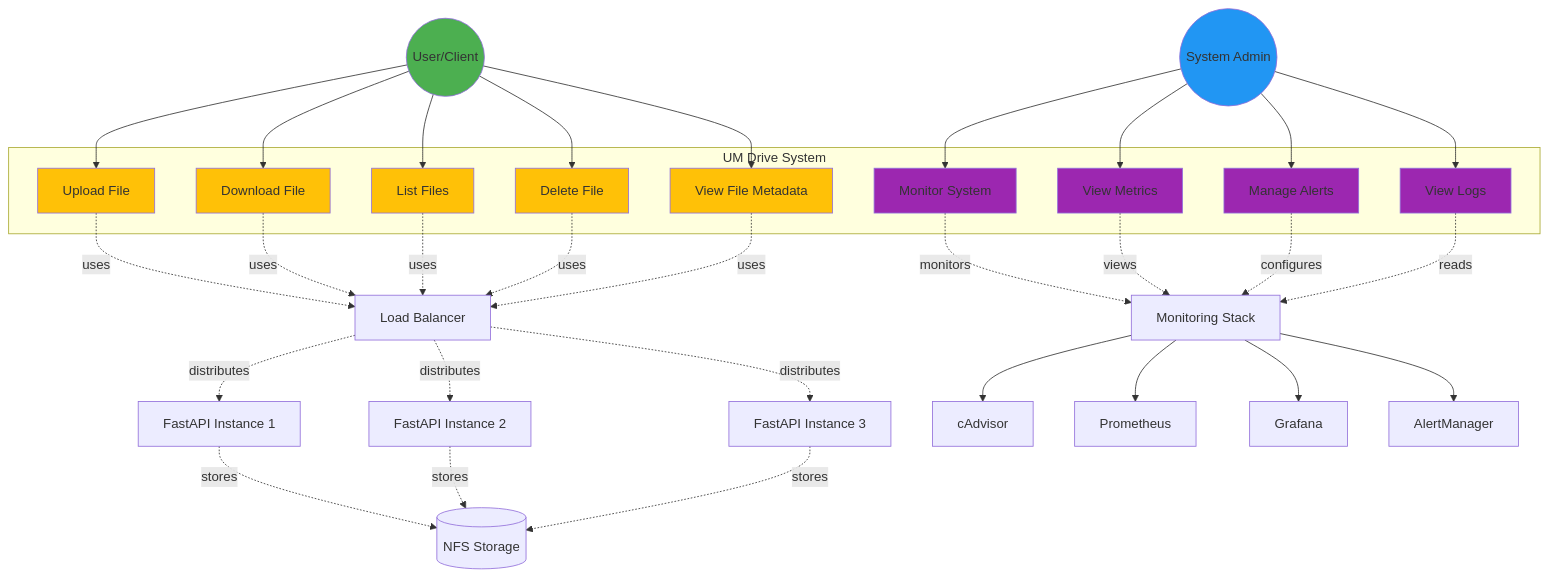
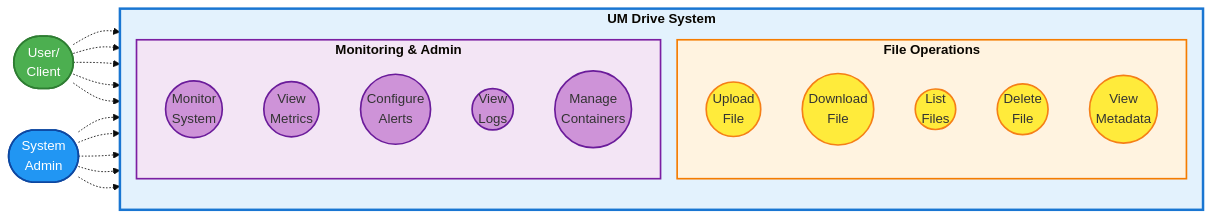
The first of 4 diagrams in docs/use-cases.md (Eduardomfdias/um-drive), drawn with Mermaid before and after one commit. The commit also changed other lines of this file and 8 other files, not shown here.

Commit message:
Improve documentation: add Mermaid diagrams, simplify content, add critical features (file locking, health checks, sticky sessions, Prometheus metrics)

````diff
--- a/docs/use-cases.md
+++ b/docs/use-cases.md
@@ -4,64 +4,57 @@
 ```mermaid
-graph TB
-    subgraph "UM Drive System"
-        UC1[Upload File]
-        UC2[Download File]
-        UC3[List Files]
-        UC4[Delete File]
-        UC5[View File Metadata]
-        UC6[Monitor System]
-        UC7[View Metrics]
-        UC8[Manage Alerts]
-        UC9[View Logs]
+%%{init: {'theme':'base'}}%%
+graph LR
+    subgraph System["<b>UM Drive System</b>"]
+        direction TB
+        
+        subgraph FileOps["<b>File Operations</b>"]
+            UC1((Upload<br/>File))
+            UC2((Download<br/>File))
+            UC3((List<br/>Files))
+            UC4((Delete<br/>File))
+            UC5((View<br/>Metadata))
+        end
+        
+        subgraph Monitoring["<b>Monitoring & Admin</b>"]
+            UC6((Monitor<br/>System))
+            UC7((View<br/>Metrics))
+            UC8((Configure<br/>Alerts))
+            UC9((View<br/>Logs))
+            UC10((Manage<br/>Containers))
+        end
     end
     
-    User((User/Client))
-    Admin((System Admin))
+    User([User/<br/>Client])
+    Admin([System<br/>Admin])
     
-    User --> UC1
-    User --> UC2
-    User --> UC3
-    User --> UC4
-    User --> UC5
+    User -.-> UC1
+    User -.-> UC2
+    User -.-> UC3
+    User -.-> UC4
+    User -.-> UC5
     
-    Admin --> UC6
-    Admin --> UC7
-    Admin --> UC8
-    Admin --> UC9
+    Admin -.-> UC6
+    Admin -.-> UC7
+    Admin -.-> UC8
+    Admin -.-> UC9
+    Admin -.-> UC10
     
-    UC1 -.uses.-> LB[Load Balancer]
-    UC2 -.uses.-> LB
-    UC3 -.uses.-> LB
-    UC4 -.uses.-> LB
-    UC5 -.uses.-> LB
+    style System fill:#e3f2fd,stroke:#1976d2,stroke-width:3px
+    style FileOps fill:#fff3e0,stroke:#f57c00,stroke-width:2px
+    style Monitoring fill:#f3e5f5,stroke:#7b1fa2,stroke-width:2px
     
-    LB -.distributes.-> API1[FastAPI Instance 1]
-    LB -.distributes.-> API2[FastAPI Instance 2]
-    LB -.distributes.-> API3[FastAPI Instance 3]
+    style User fill:#4caf50,stroke:#2e7d32,stroke-width:2px,color:#fff
+    style Admin fill:#2196f3,stroke:#0d47a1,stroke-width:2px,color:#fff
     
-    API1 -.stores.-> NFS[(NFS Storage)]
-    API2 -.stores.-> NFS
-    API3 -.stores.-> NFS
+    style UC1 fill:#ffeb3b,stroke:#f57f17,stroke-width:2px
+    style UC2 fill:#ffeb3b,stroke:#f57f17,stroke-width:2px
+    style UC3 fill:#ffeb3b,stroke:#f57f17,stroke-width:2px
+    style UC4 fill:#ffeb3b,stroke:#f57f17,stroke-width:2px
+    style UC5 fill:#ffeb3b,stroke:#f57f17,stroke-width:2px
     
-    UC6 -.monitors.-> Monitoring[Monitoring Stack]
-    UC7 -.views.-> Monitoring
-    UC8 -.configures.-> Monitoring
-    UC9 -.reads.-> Monitoring
-    
-    Monitoring --> cAdvisor[cAdvisor]
-    Monitoring --> Prometheus[Prometheus]
-    Monitoring --> Grafana[Grafana]
-    Monitoring --> AlertMgr[AlertManager]
-    
-    style User fill:#4CAF50
-    style Admin fill:#2196F3
-    style UC1 fill:#FFC107
-    style UC2 fill:#FFC107
-    style UC3 fill:#FFC107
-    style UC4 fill:#FFC107
-    style UC5 fill:#FFC107
-    style UC6 fill:#9C27B0
-    style UC7 fill:#9C27B0
-    style UC8 fill:#9C27B0
-    style UC9 fill:#9C27B0
+    style UC6 fill:#ce93d8,stroke:#6a1b9a,stroke-width:2px
+    style UC7 fill:#ce93d8,stroke:#6a1b9a,stroke-width:2px
+    style UC8 fill:#ce93d8,stroke:#6a1b9a,stroke-width:2px
+    style UC9 fill:#ce93d8,stroke:#6a1b9a,stroke-width:2px
+    style UC10 fill:#ce93d8,stroke:#6a1b9a,stroke-width:2px
 ```
````
